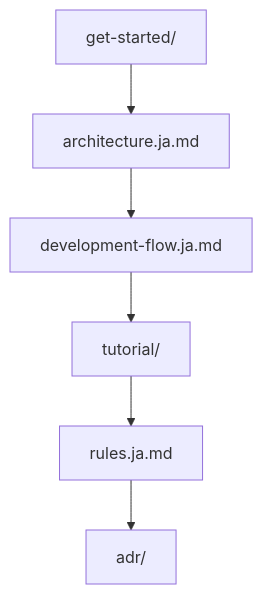
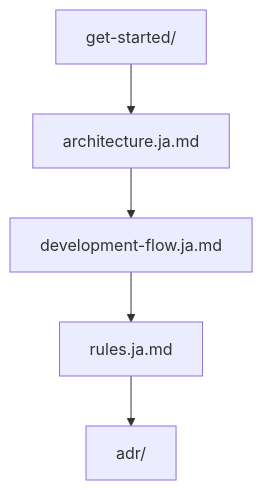
Before and after one commit to Tomy-ch/go-boilerplate: the first of 7 diagrams in docs/index.ja.md, drawn with Mermaid. The commit also changed other lines of this file and 916 other files, not shown here.

````diff
--- a/docs/index.ja.md
+++ b/docs/index.ja.md
@@ -49,8 +48,4 @@
 ```mermaid
 flowchart TB
-    %% sample-api:replace-begin
-    A["get-started/"] --> B["architecture.ja.md"] --> C["development-flow.ja.md"] --> D["tutorial/"] --> E["rules.ja.md"] --> F["adr/"]
-    %% sample-api:replace-with
-    %% = A["get-started/"] --> B["architecture.ja.md"] --> C["development-flow.ja.md"] --> D["rules.ja.md"] --> E["adr/"]
-    %% sample-api:replace-end
+    A["get-started/"] --> B["architecture.ja.md"] --> C["development-flow.ja.md"] --> D["rules.ja.md"] --> E["adr/"]
 ```
````
